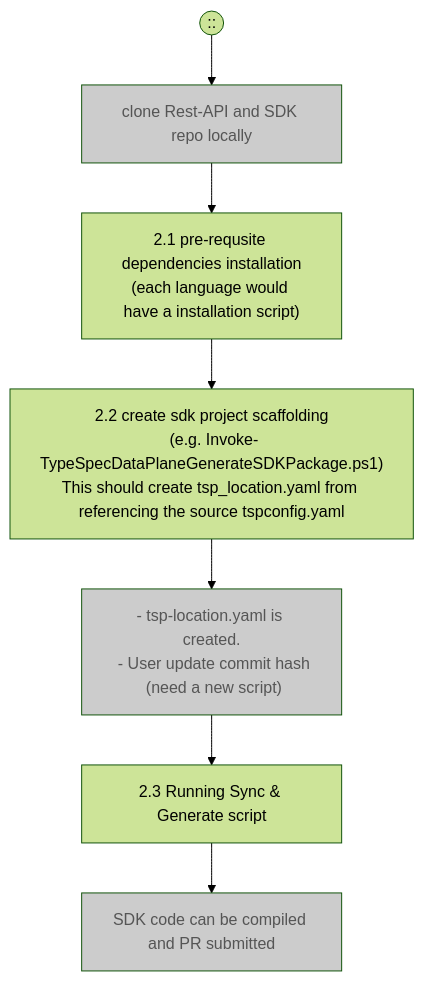
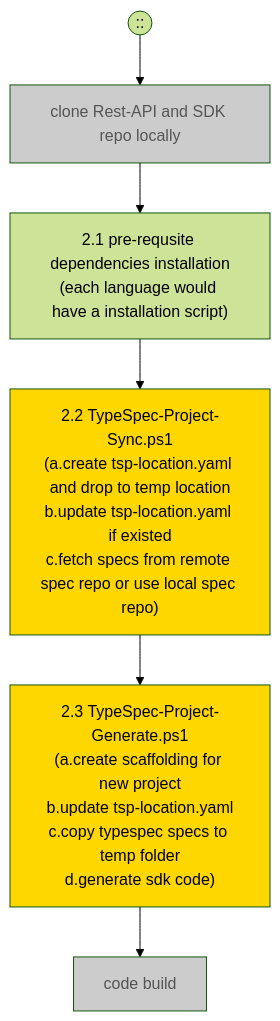
Before and after one commit to Azure/azure-rest-api-specs: the second of 5 diagrams in documentation/typespec-end-to-end-scenarios.md, drawn with Mermaid (forest theme). The commit also changed other lines of this file, not shown here.

Commit message:
pull out common chart of sdk generation

````diff
--- a/documentation/typespec-end-to-end-scenarios.md
+++ b/documentation/typespec-end-to-end-scenarios.md
@@ -64,16 +64,21 @@
 ```mermaid
 flowchart TD
 classDef highlight fill:#ffd700
 classDef grey fill:#CCCCCC,color:#555555;
 User((::))-->A
 A["clone Rest-API and SDK repo locally"] --> B
 B["2.1 pre-requsite dependencies installation
 (each language would have a installation script)"] --> C
-C["2.2 create sdk project scaffolding
- (e.g. Invoke-TypeSpecDataPlaneGenerateSDKPackage.ps1)"<br>This should create tsp_location.yaml from referencing the source tspconfig.yaml] --> D
- D["- tsp-location.yaml is created.<br> - User update commit hash
- (need a new script)"]
-D-->E[2.3 Running Sync & Generate script]
-E-->F[SDK code can be compiled and PR submitted]
-class A,D,F grey
+C["2.2 TypeSpec-Project-Sync.ps1
+(a.create tsp-location.yaml and drop to temp location
+b.update tsp-location.yaml if existed
+c.fetch specs from remote spec repo or use local spec repo)"] --> D
+ D["2.3 TypeSpec-Project-Generate.ps1
+(a.create scaffolding for new project
+b.update tsp-location.yaml
+c.copy typespec specs to temp folder
+d.generate sdk code)"]
+D-->E["code build"]
+class A,E grey
+class C,D highlight
 ```
````
